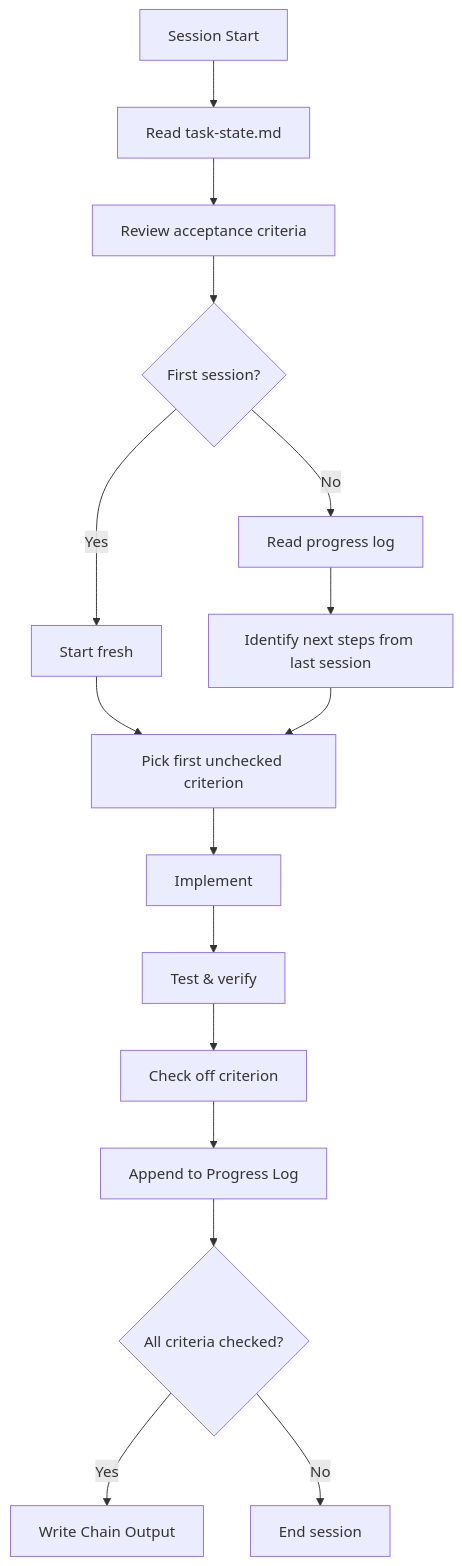
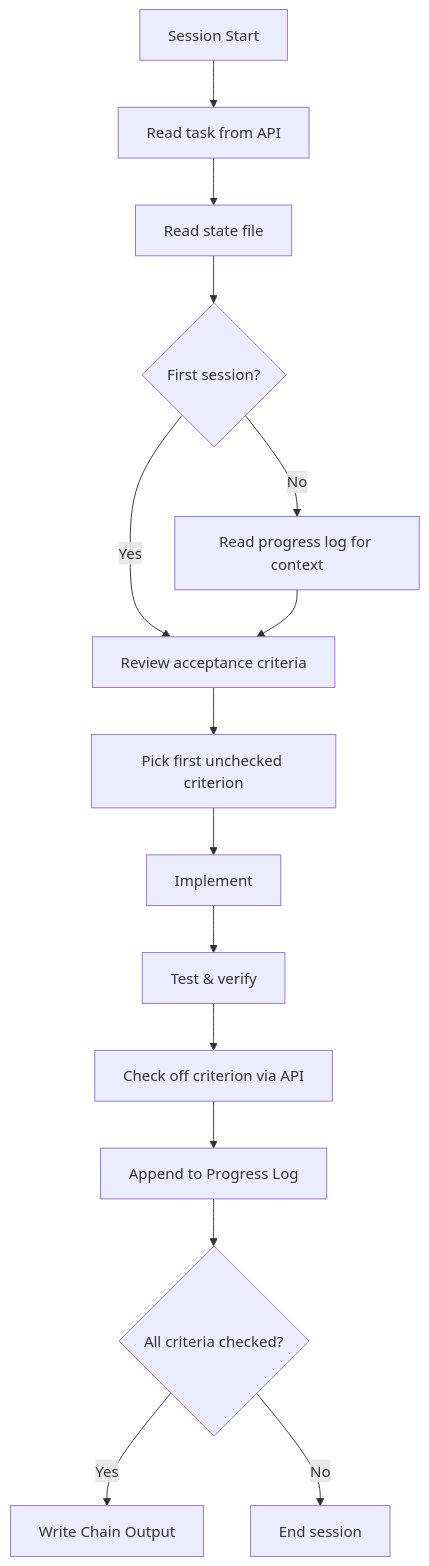
Before and after one commit to cliangdev/specflux: the second of 3 diagrams in docs/research/unified-task-state-design.md, drawn with Mermaid. The commit also changed other lines of this file, not shown here.

First line of the commit message:
docs: separate task definition from runtime state

````diff
--- a/docs/research/unified-task-state-design.md
+++ b/docs/research/unified-task-state-design.md
@@ -406,18 +487,17 @@
 ```mermaid
 flowchart TD
-    A[Session Start] --> B[Read task-state.md]
-    B --> C[Review acceptance criteria]
+    A[Session Start] --> B[Read task from API]
+    B --> C[Read state file]
     C --> D{First session?}
-    D -->|Yes| E[Start fresh]
-    D -->|No| F[Read progress log]
-    F --> G[Identify next steps from last session]
-    E --> H[Pick first unchecked criterion]
-    G --> H
-    H --> I[Implement]
-    I --> J[Test & verify]
-    J --> K[Check off criterion]
-    K --> L[Append to Progress Log]
-    L --> M{All criteria checked?}
-    M -->|Yes| N[Write Chain Output]
-    M -->|No| O[End session]
+    D -->|Yes| E[Review acceptance criteria]
+    D -->|No| F[Read progress log for context]
+    F --> E
+    E --> G[Pick first unchecked criterion]
+    G --> H[Implement]
+    H --> I[Test & verify]
+    I --> J[Check off criterion via API]
+    J --> K[Append to Progress Log]
+    K --> L{All criteria checked?}
+    L -->|Yes| M[Write Chain Output]
+    L -->|No| N[End session]
 ```
````
